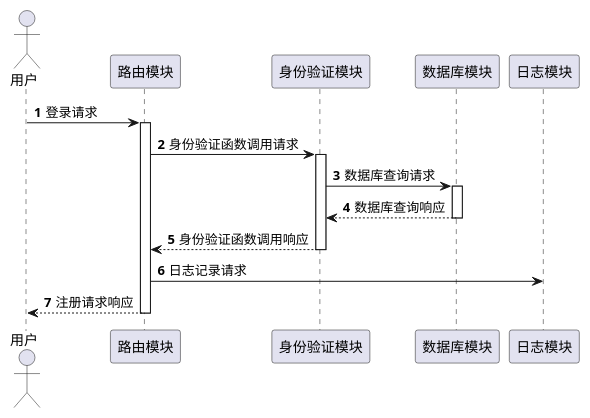
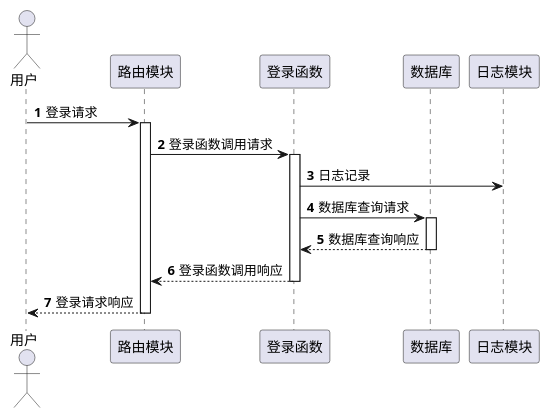
The diagram in uml/login.puml (zouyonghe/High-Performance-Online-Bookstore), drawn with PlantUML before and after one commit. The commit also changed 34 other files, not shown here.

Commit message:
Add: uml png

```diff
--- a/uml/login.puml
+++ b/uml/login.puml
@@ -1,21 +1,21 @@
 @startuml
 'https://plantuml.com/sequence-diagram
 
 autonumber
 
 actor 用户 as general
 participant 路由模块 as router
-participant 身份验证模块 as validate
-participant 数据库模块 as database
+participant 登录函数 as validate
+participant 数据库 as database
 participant 日志模块 as log
 
 
 
 general -> router++: 登录请求
-router -> validate++: 身份验证函数调用请求
+router -> validate++: 登录函数调用请求
+validate -> log: 日志记录
 validate -> database++: 数据库查询请求
 database --> validate--: 数据库查询响应
-validate --> router--: 身份验证函数调用响应
-router -> log: 日志记录请求
-router ---> general--: 注册请求响应
+validate --> router--: 登录函数调用响应
+router ---> general--: 登录请求响应
 @enduml
```
